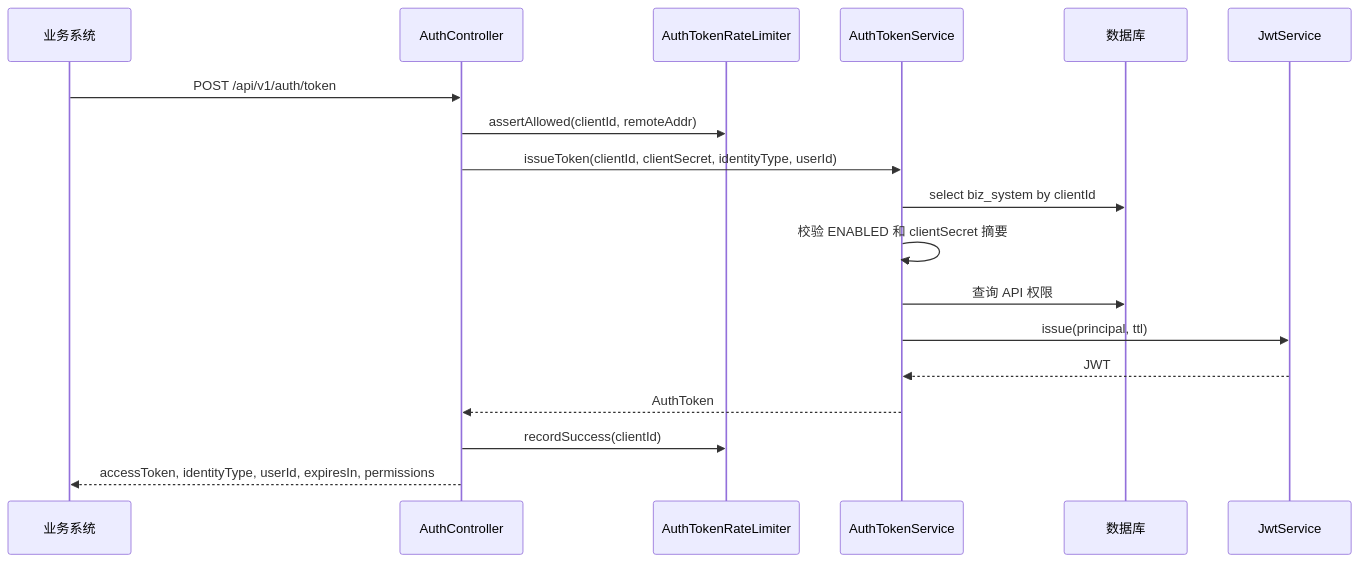
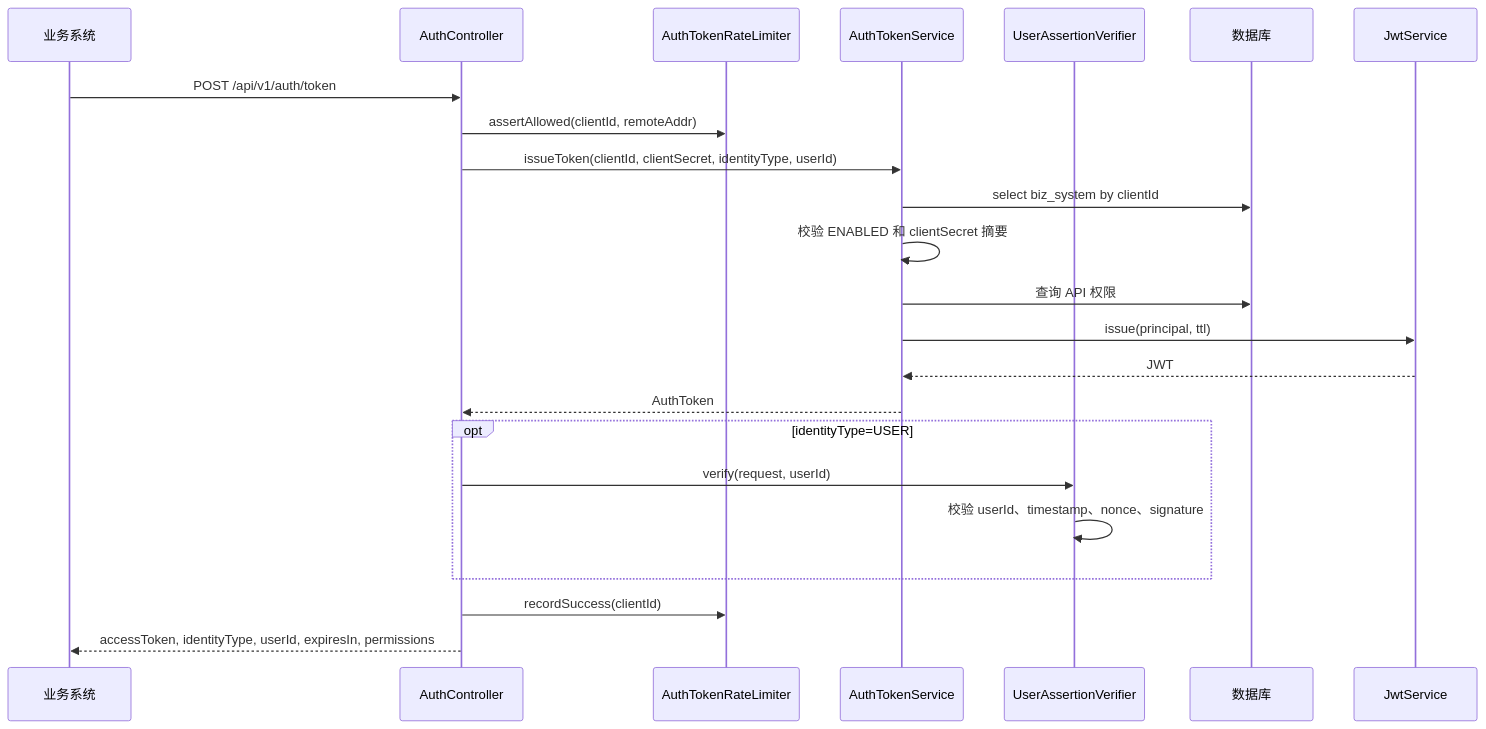
One commit to a1351995160/yungateway-minimal-token-wps changed the first of 6 diagrams in docs/core-flows.zh-CN.md. Above: the diagram before and after it, drawn with Mermaid. The commit also changed other lines of this file and 151 other files, not shown here.

````diff
--- a/docs/core-flows.zh-CN.md
+++ b/docs/core-flows.zh-CN.md
@@ -5,21 +5,26 @@
 ```mermaid
 sequenceDiagram
     participant B as 业务系统
     participant A as AuthController
     participant L as AuthTokenRateLimiter
     participant S as AuthTokenService
+    participant U as UserAssertionVerifier
     participant D as 数据库
     participant J as JwtService
 
     B->>A: POST /api/v1/auth/token
     A->>L: assertAllowed(clientId, remoteAddr)
     A->>S: issueToken(clientId, clientSecret, identityType, userId)
     S->>D: select biz_system by clientId
     S->>S: 校验 ENABLED 和 clientSecret 摘要
     S->>D: 查询 API 权限
     S->>J: issue(principal, ttl)
     J-->>S: JWT
     S-->>A: AuthToken
+    opt identityType=USER
+        A->>U: verify(request, userId)
+        U->>U: 校验 userId、timestamp、nonce、signature
+    end
     A->>L: recordSuccess(clientId)
     A-->>B: accessToken, identityType, userId, expiresIn, permissions
 ```
````
